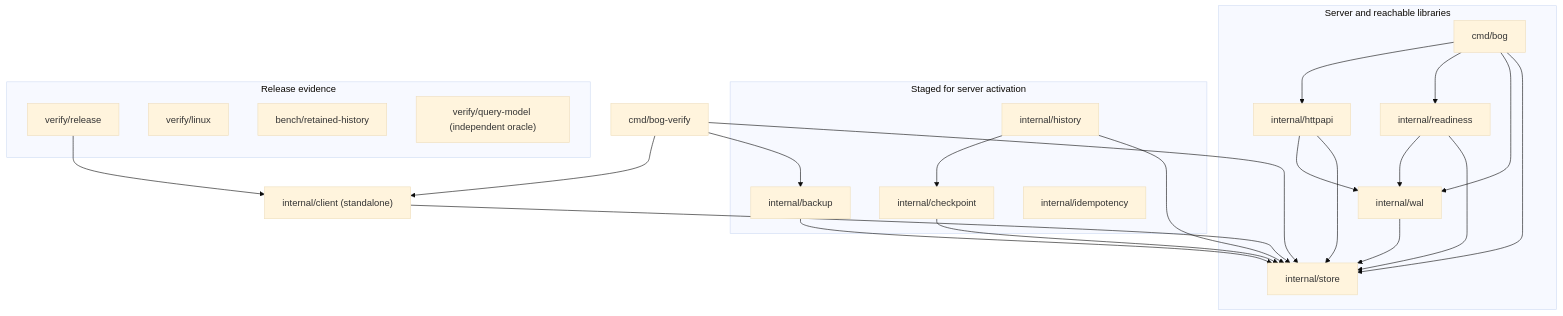
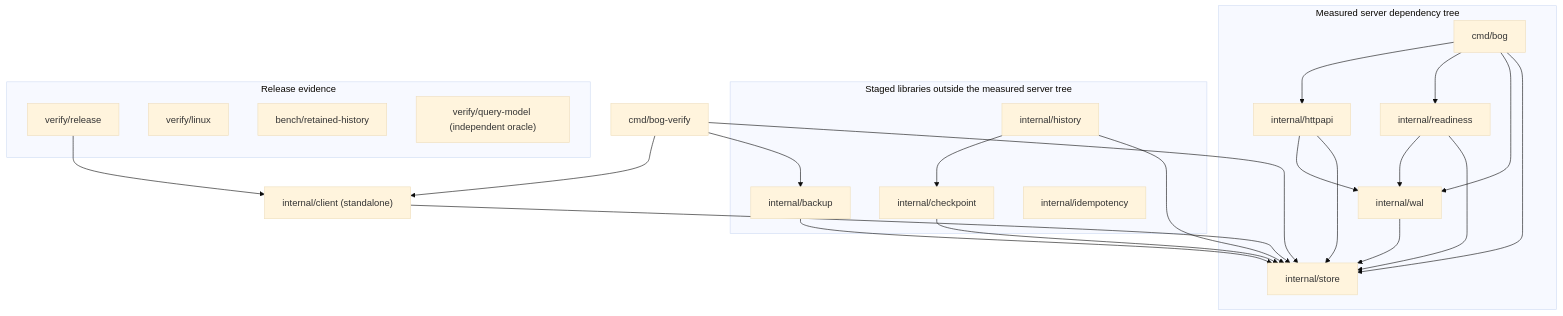
Before and after one commit to tflynn3/bog: the diagram in docs/architecture/SYSTEM.md, drawn with Mermaid (base theme). The commit also changed other lines of this file and 3 other files, not shown here.

Commit message:
bog: Update the architecture record and fitness suite with the cutover

````diff
--- a/docs/architecture/SYSTEM.md
+++ b/docs/architecture/SYSTEM.md
@@ -28,42 +32,42 @@
 ```mermaid
 flowchart TD
-    subgraph Runtime["Server and reachable libraries"]
+    subgraph Runtime["Measured server dependency tree"]
         Cmd["cmd/bog"]
         HTTP["internal/httpapi"]
         Ready["internal/readiness"]
         WAL["internal/wal"]
         Store["internal/store"]
         Cmd --> HTTP
         Cmd --> Ready
         Cmd --> WAL
         Cmd --> Store
         HTTP --> WAL
         HTTP --> Store
         Ready --> WAL
         Ready --> Store
         WAL --> Store
     end
     Operator["cmd/bog-verify"]
-    subgraph Staged["Staged for server activation"]
+    subgraph Staged["Staged libraries outside the measured server tree"]
         Checkpoint["internal/checkpoint"]
         History["internal/history"]
         Backup["internal/backup"]
         Idempotency["internal/idempotency"]
         History --> Checkpoint
     end
     Client["internal/client (standalone)"]
     Checkpoint --> Store
     History --> Store
     Backup --> Store
     Operator --> Backup
     Operator --> Client
     Operator --> Store
     Client --> Store
     subgraph Evidence["Release evidence"]
         Admission["verify/release"]
         Durability["verify/linux"]
         Capacity["bench/retained-history"]
         Model["verify/query-model (independent oracle)"]
     end
     Admission --> Client
 ```
````
